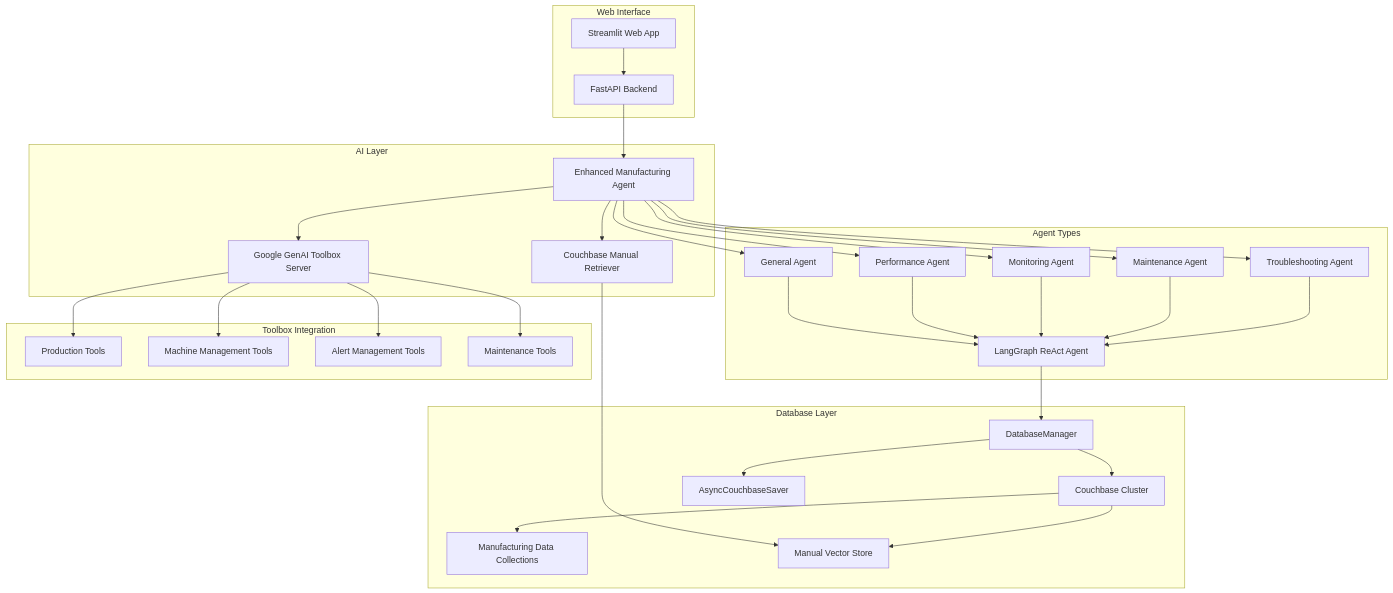
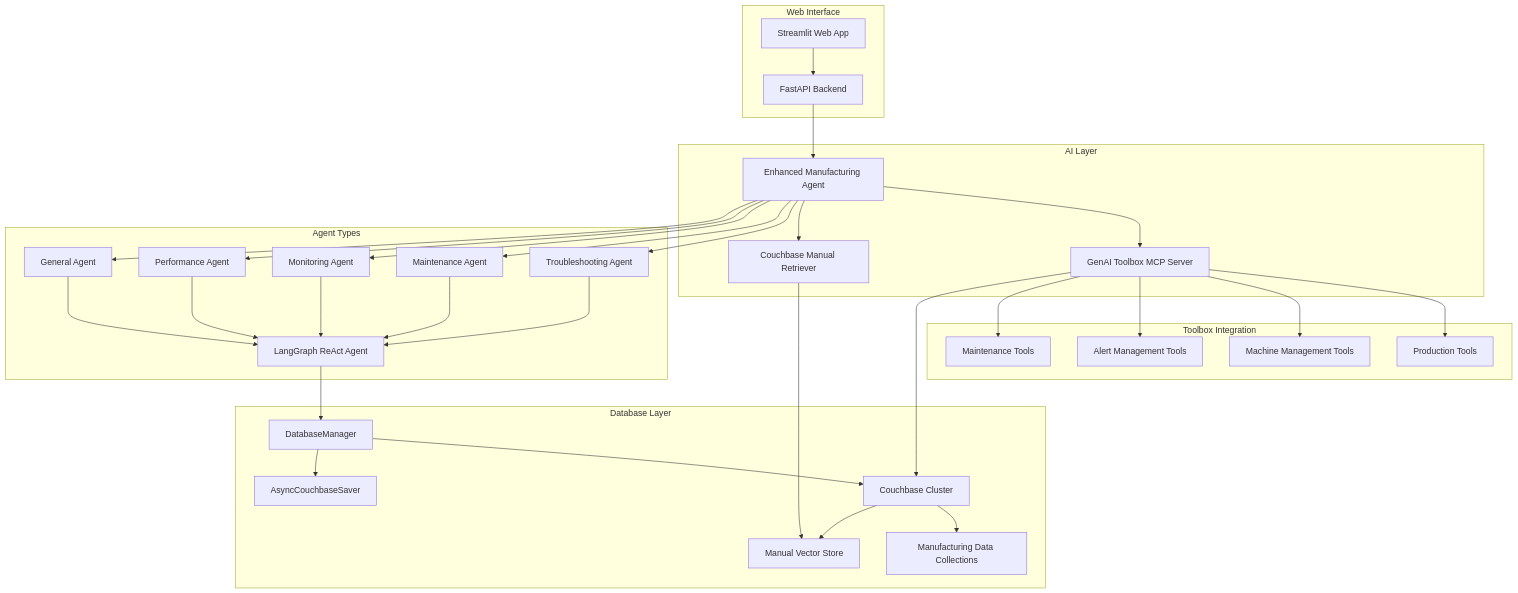
One commit to couchbase-examples/couchbase-google-mcp-toolbox-demo changed the first of 2 diagrams in README.md. Above: the diagram before and after it, drawn with Mermaid. The commit also changed other lines of this file, not shown here.

````diff
--- a/README.md
+++ b/README.md
@@ -20,42 +20,43 @@
 ```mermaid
 graph TB
     subgraph "Web Interface"
         A[Streamlit Web App] --> B[FastAPI Backend]
     end
     
     subgraph "AI Layer"
         B --> C[Enhanced Manufacturing Agent]
-        C --> D[Google GenAI Toolbox Server]
+        C --> D[GenAI Toolbox MCP Server]
         C --> E[Couchbase Manual Retriever]
     end
     
     subgraph "Agent Types"
         F[Troubleshooting Agent] --> G[LangGraph ReAct Agent]
         H[Maintenance Agent] --> G
         I[Monitoring Agent] --> G
         J[Performance Agent] --> G
         K[General Agent] --> G
     end
     
     subgraph "Database Layer"
         L[DatabaseManager] --> M[Couchbase Cluster]
         L --> N[AsyncCouchbaseSaver]
         M --> O[Manufacturing Data Collections]
         M --> P[Manual Vector Store]
     end
     
     subgraph "Toolbox Integration"
         D --> Q[Production Tools]
         D --> R[Machine Management Tools]
         D --> S[Alert Management Tools]
         D --> T[Maintenance Tools]
     end
     
     C --> F
     C --> H
     C --> I
     C --> J
     C --> K
     G --> L
     E --> P
+    D --> M
 ```
````
